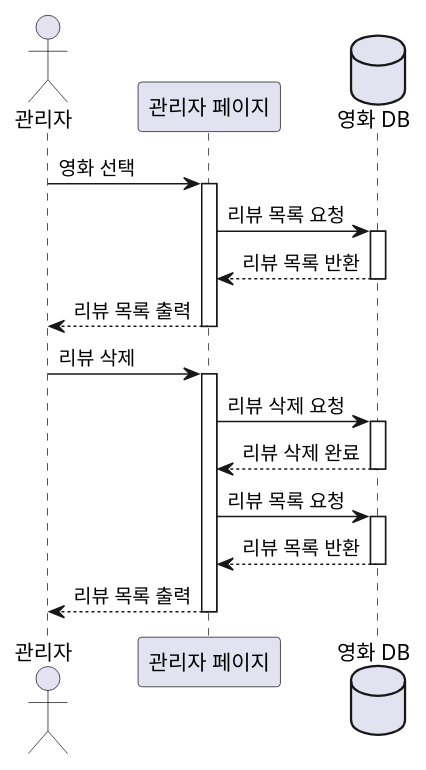
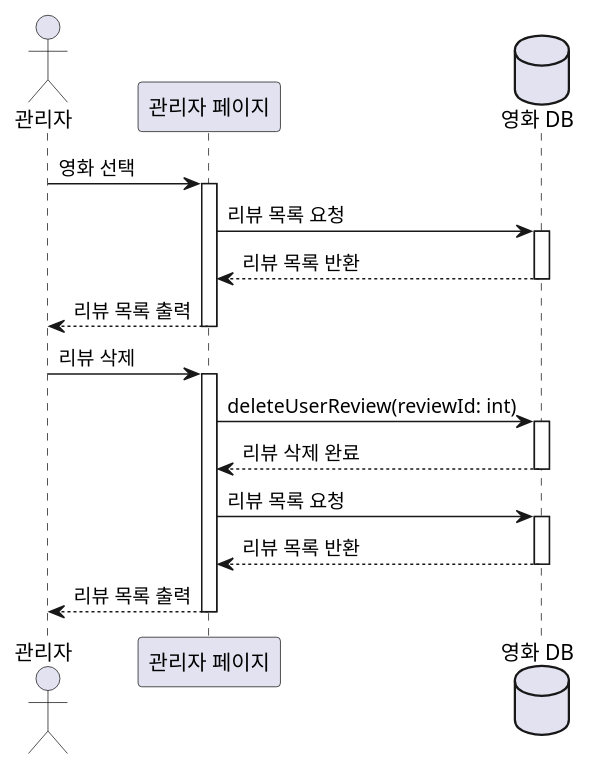
The diagram in src/sequence_review_admin.puml (marmot8080/SWE), drawn with PlantUML before and after one commit. The commit also changed 6 other files, not shown here.

Commit message:
Update sequence diagram

```diff
--- a/src/sequence_review_admin.puml
+++ b/src/sequence_review_admin.puml
@@ -1,28 +1,28 @@
 @startuml
 
 actor "관리자" as admin
 participant "관리자 페이지" as adminPage
 database "영화 DB" as db
 
 admin -> adminPage : 영화 선택
 activate adminPage
 adminPage -> db : 리뷰 목록 요청
 activate db
 db --> adminPage : 리뷰 목록 반환
 deactivate db
 adminPage --> admin : 리뷰 목록 출력
 deactivate adminPage
 admin -> adminPage : 리뷰 삭제
 activate adminPage
-adminPage -> db : 리뷰 삭제 요청
+adminPage -> db : deleteUserReview(reviewId: int)
 activate db
 db --> adminPage : 리뷰 삭제 완료
 deactivate db
 adminPage -> db : 리뷰 목록 요청
 activate db
 db --> adminPage : 리뷰 목록 반환
 deactivate db
 adminPage --> admin : 리뷰 목록 출력
 deactivate adminPage
 
 @enduml
```
